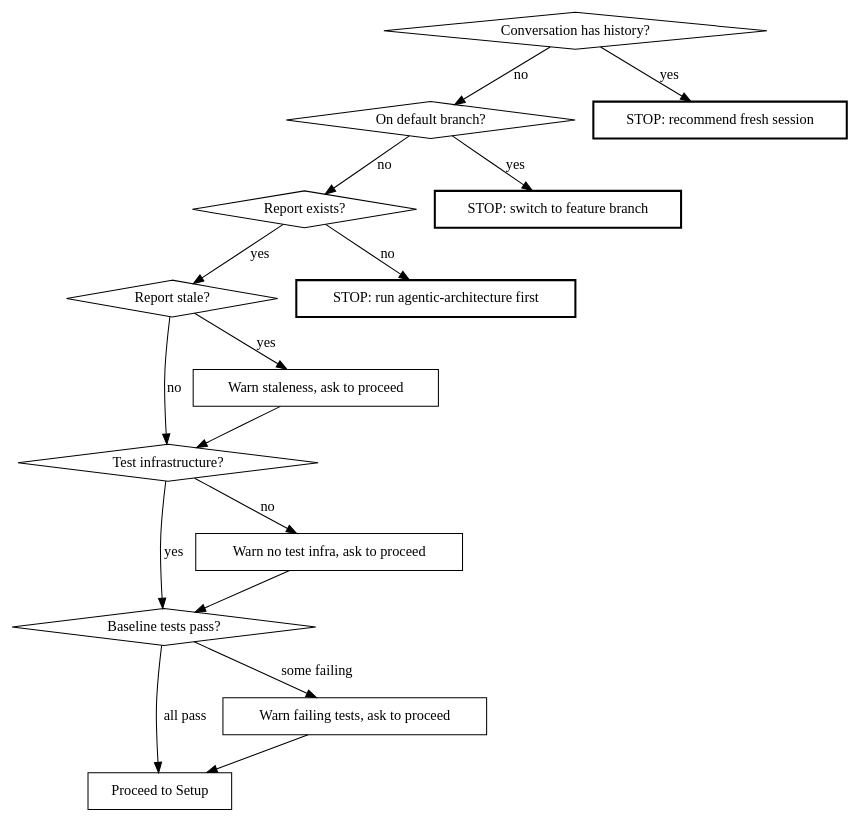
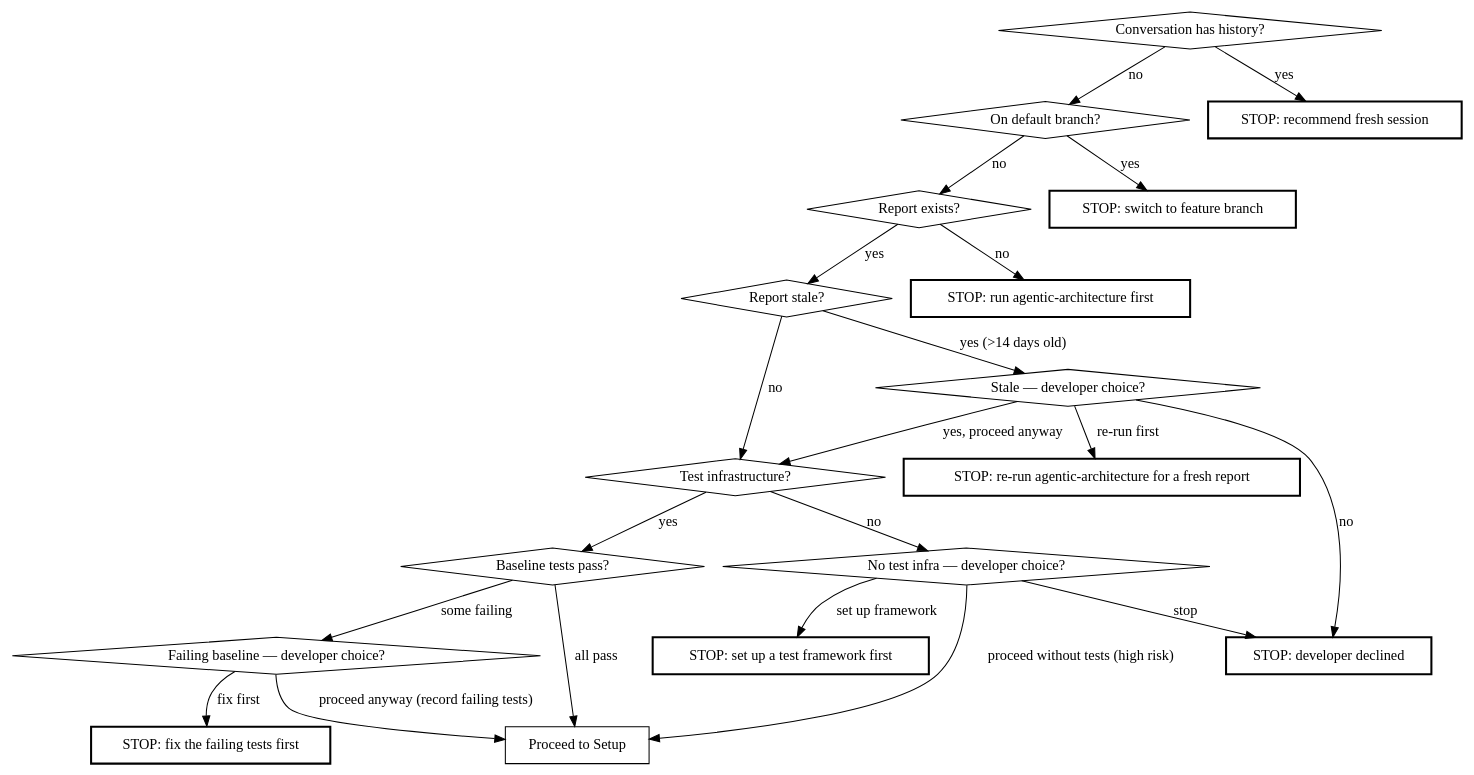
Before and after one commit to Ovid/paad: the first of 2 diagrams in plugins/paad/skills/fix-architecture/SKILL.md, drawn with Graphviz. The commit also changed other lines of this file, not shown here.

First line of the commit message:
fix-architecture: digraphs cover every stop branch and the Safety Net gate

````diff
--- a/plugins/paad/skills/fix-architecture/SKILL.md
+++ b/plugins/paad/skills/fix-architecture/SKILL.md
@@ -23,33 +23,46 @@
 ```dot
 digraph preflight {
   "Conversation has history?" [shape=diamond];
   "On default branch?" [shape=diamond];
   "Report exists?" [shape=diamond];
   "Report stale?" [shape=diamond];
+  "Stale — developer choice?" [shape=diamond];
   "Test infrastructure?" [shape=diamond];
+  "No test infra — developer choice?" [shape=diamond];
   "Baseline tests pass?" [shape=diamond];
+  "Failing baseline — developer choice?" [shape=diamond];
+
   "Proceed to Setup" [shape=box];
   "STOP: recommend fresh session" [shape=box, style=bold];
   "STOP: switch to feature branch" [shape=box, style=bold];
   "STOP: run agentic-architecture first" [shape=box, style=bold];
-  "Warn staleness, ask to proceed" [shape=box];
-  "Warn no test infra, ask to proceed" [shape=box];
-  "Warn failing tests, ask to proceed" [shape=box];
+  "STOP: re-run agentic-architecture for a fresh report" [shape=box, style=bold];
+  "STOP: developer declined" [shape=box, style=bold];
+  "STOP: set up a test framework first" [shape=box, style=bold];
+  "STOP: fix the failing tests first" [shape=box, style=bold];
 
   "Conversation has history?" -> "STOP: recommend fresh session" [label="yes"];
   "Conversation has history?" -> "On default branch?" [label="no"];
   "On default branch?" -> "STOP: switch to feature branch" [label="yes"];
   "On default branch?" -> "Report exists?" [label="no"];
   "Report exists?" -> "STOP: run agentic-architecture first" [label="no"];
   "Report exists?" -> "Report stale?" [label="yes"];
-  "Report stale?" -> "Warn staleness, ask to proceed" [label="yes"];
+
+  "Report stale?" -> "Stale — developer choice?" [label="yes (>14 days old)"];
   "Report stale?" -> "Test infrastructure?" [label="no"];
-  "Warn staleness, ask to proceed" -> "Test infrastructure?";
-  "Test infrastructure?" -> "Warn no test infra, ask to proceed" [label="no"];
+  "Stale — developer choice?" -> "Test infrastructure?" [label="yes, proceed anyway"];
+  "Stale — developer choice?" -> "STOP: developer declined" [label="no"];
+  "Stale — developer choice?" -> "STOP: re-run agentic-architecture for a fresh report" [label="re-run first"];
+
   "Test infrastructure?" -> "Baseline tests pass?" [label="yes"];
-  "Warn no test infra, ask to proceed" -> "Baseline tests pass?";
-  "Baseline tests pass?" -> "Warn failing tests, ask to proceed" [label="some failing"];
+  "Test infrastructure?" -> "No test infra — developer choice?" [label="no"];
+  "No test infra — developer choice?" -> "STOP: set up a test framework first" [label="set up framework"];
+  "No test infra — developer choice?" -> "Proceed to Setup" [label="proceed without tests (high risk)"];
+  "No test infra — developer choice?" -> "STOP: developer declined" [label="stop"];
+
   "Baseline tests pass?" -> "Proceed to Setup" [label="all pass"];
-  "Warn failing tests, ask to proceed" -> "Proceed to Setup";
+  "Baseline tests pass?" -> "Failing baseline — developer choice?" [label="some failing"];
+  "Failing baseline — developer choice?" -> "Proceed to Setup" [label="proceed anyway (record failing tests)"];
+  "Failing baseline — developer choice?" -> "STOP: fix the failing tests first" [label="fix first"];
 }
 ```
````
